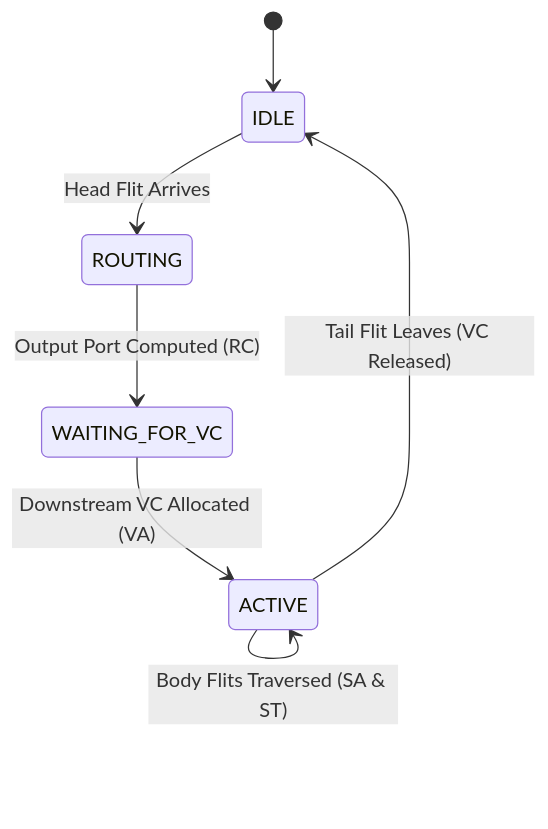
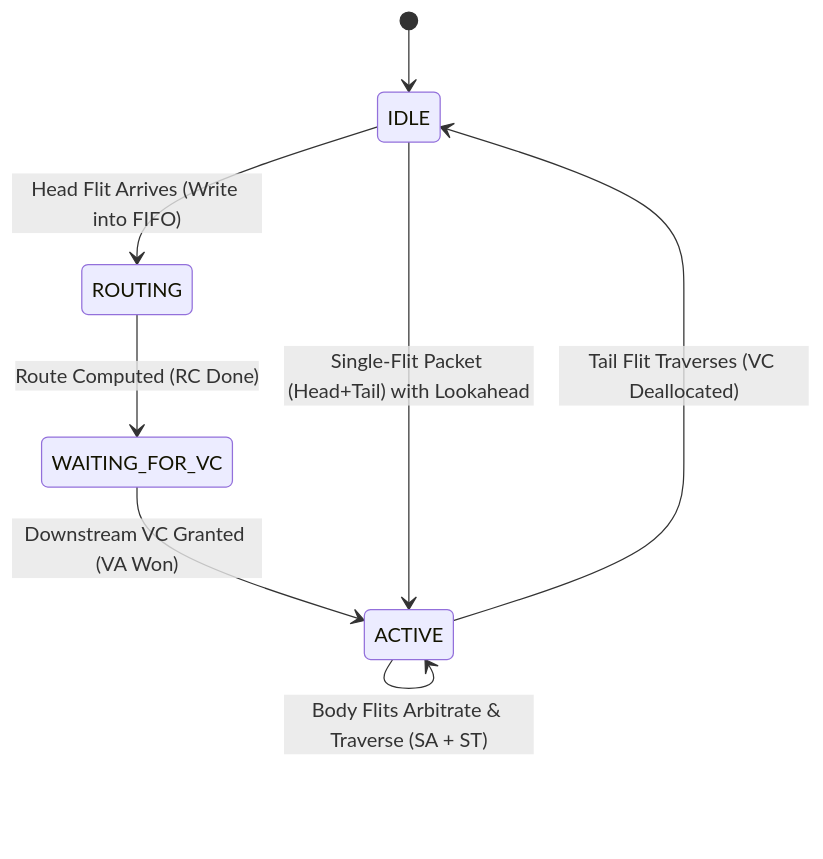
Before and after one commit to network-on-chip/learning: the third of 3 diagrams in docs/track2-router-architecture/02-virtual-channels.md, drawn with Mermaid. The commit also changed other lines of this file and 8 other files, not shown here.

Commit message:
Upgrade Track 2: Router Microarchitecture with 4 interactive simulators, synthesizable Verilog matrix arbiter, and SMART bypass routers

````diff
--- a/docs/track2-router-architecture/02-virtual-channels.md
+++ b/docs/track2-router-architecture/02-virtual-channels.md
@@ -58,9 +103,16 @@
 ```mermaid
 stateDiagram-v2
   [*] --> IDLE
-  IDLE --> ROUTING: Head Flit Arrives
-  ROUTING --> WAITING_FOR_VC: Output Port Computed (RC)
-  WAITING_FOR_VC --> ACTIVE: Downstream VC Allocated (VA)
-  ACTIVE --> ACTIVE: Body Flits Traversed (SA & ST)
-  ACTIVE --> IDLE: Tail Flit Leaves (VC Released)
+  
+  IDLE --> ROUTING : Head Flit Arrives (Write into FIFO)
+  
+  ROUTING --> WAITING_FOR_VC : Route Computed (RC Done)
+  
+  WAITING_FOR_VC --> ACTIVE : Downstream VC Granted (VA Won)
+  
+  ACTIVE --> ACTIVE : Body Flits Arbitrate & Traverse (SA + ST)
+  
+  ACTIVE --> IDLE : Tail Flit Traverses (VC Deallocated)
+
+  IDLE --> ACTIVE : Single-Flit Packet (Head+Tail) with Lookahead
 ```
````
